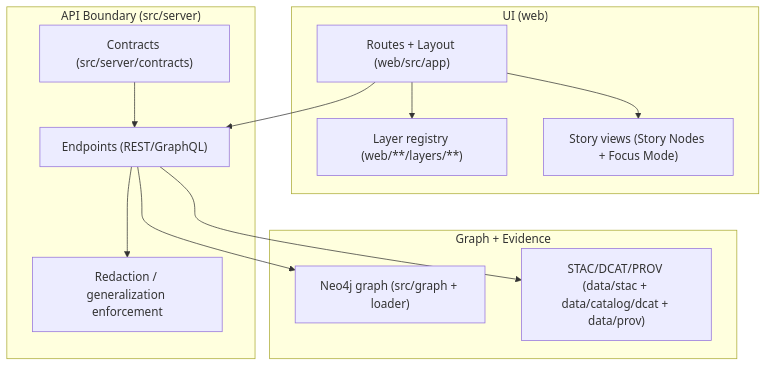
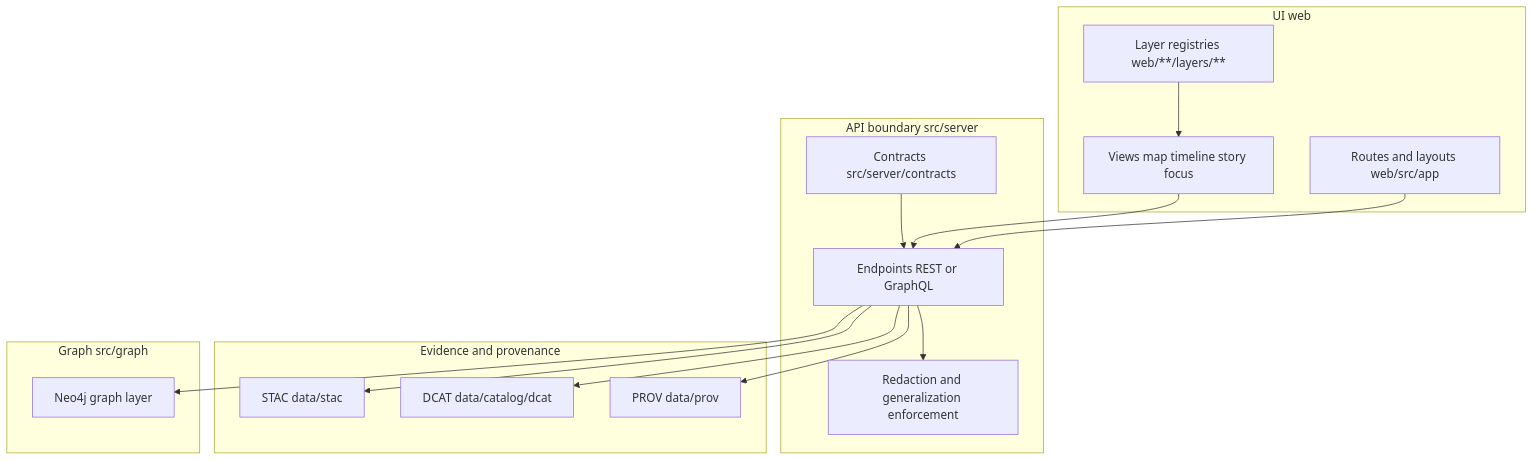
One commit to bartytime4life/Kansas-Frontier-Matrix changed the diagram in web/src/app/README.md. Above: the diagram before and after it, drawn with Mermaid. The commit also changed other lines of this file, not shown here.

```diff
--- a/web/src/app/README.md
+++ b/web/src/app/README.md
@@ -200,27 +328,34 @@
 ~~~mermaid
 flowchart TB
-  subgraph UI["UI (web)"]
-    A["Routes + Layout (web/src/app)"]
-    L["Layer registry (web/**/layers/**)"]
-    S["Story views (Story Nodes + Focus Mode)"]
+  subgraph UI["UI web"]
+    A["Routes and layouts web/src/app"]
+    L["Layer registries web/**/layers/**"]
+    V["Views map timeline story focus"]
   end
 
-  subgraph API["API Boundary (src/server)"]
-    C["Contracts (src/server/contracts)"]
-    E["Endpoints (REST/GraphQL)"]
-    R["Redaction / generalization enforcement"]
+  subgraph API["API boundary src/server"]
+    C["Contracts src/server/contracts"]
+    E["Endpoints REST or GraphQL"]
+    R["Redaction and generalization enforcement"]
   end
 
-  subgraph Graph["Graph + Evidence"]
-    G["Neo4j graph (src/graph + loader)"]
-    P["STAC/DCAT/PROV (data/stac + data/catalog/dcat + data/prov)"]
+  subgraph Evidence["Evidence and provenance"]
+    S["STAC data/stac"]
+    D["DCAT data/catalog/dcat"]
+    P["PROV data/prov"]
+  end
+
+  subgraph Graph["Graph src/graph"]
+    G["Neo4j graph layer"]
   end
 
   A --> E
-  A --> L
-  A --> S
+  V --> E
+  L --> V
+  C --> E
   E --> R
+  E --> S
+  E --> D
+  E --> P
   E --> G
-  E --> P
-  C --> E
 ~~~
```
